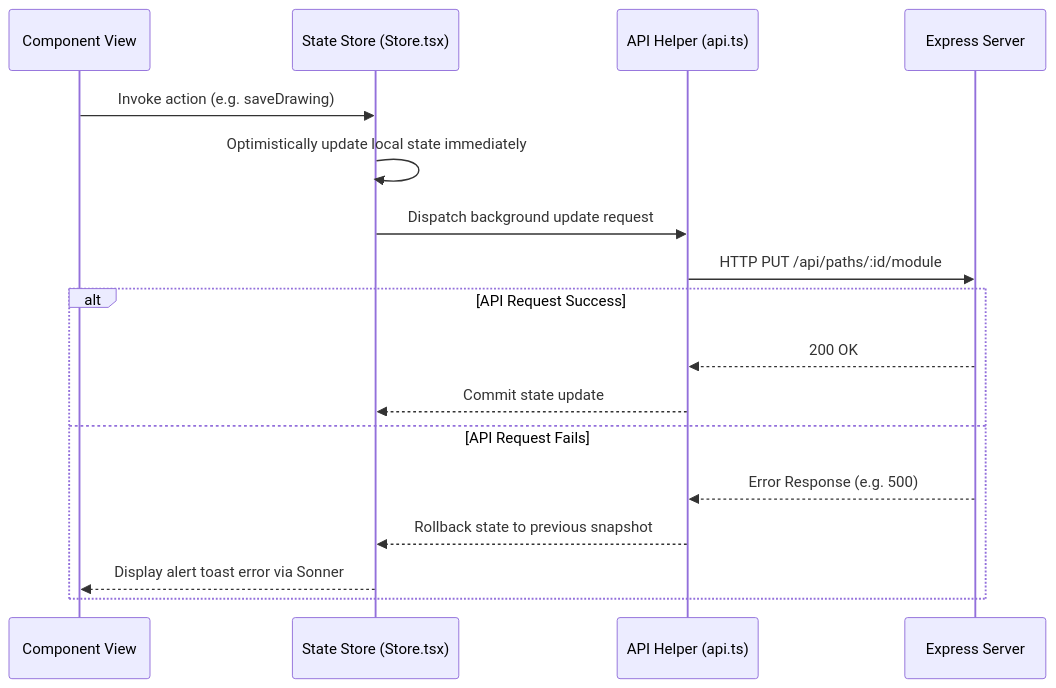
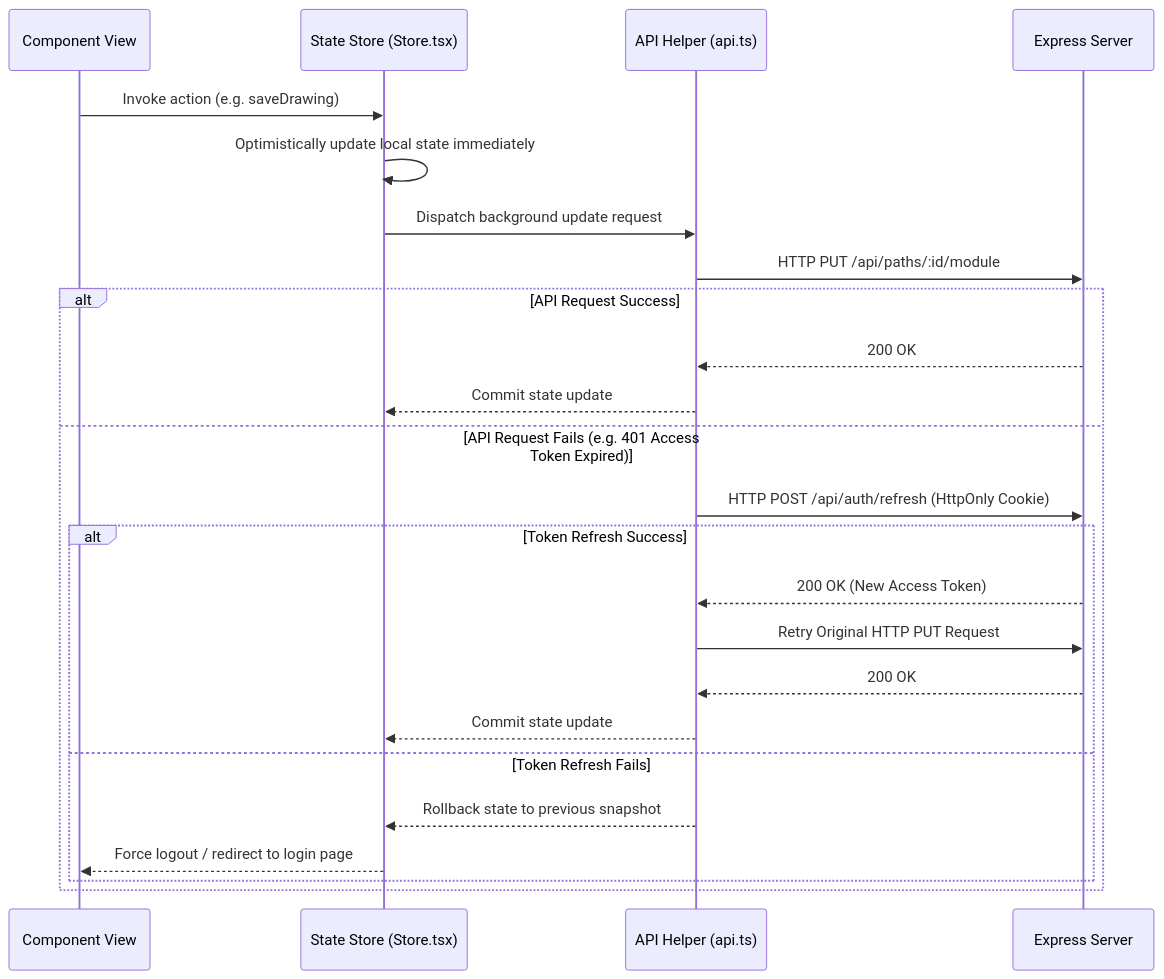
One commit to Lokeshgandreddy81/Vidhyalaya changed the diagram in README.md. Above: the diagram before and after it, drawn with Mermaid. The commit also changed other lines of this file and 23 other files, not shown here.

````diff
--- a/README.md
+++ b/README.md
@@ -137,20 +160,27 @@
 ```mermaid
 sequenceDiagram
     participant UI as Component View
     participant Store as State Store (Store.tsx)
     participant API as API Helper (api.ts)
     participant Server as Express Server
 
     UI->>Store: Invoke action (e.g. saveDrawing)
     Store->>Store: Optimistically update local state immediately
     Store->>API: Dispatch background update request
     API->>Server: HTTP PUT /api/paths/:id/module
     alt API Request Success
         Server-->>API: 200 OK
         API-->>Store: Commit state update
-    else API Request Fails
-        Server-->>API: Error Response (e.g. 500)
-        API-->>Store: Rollback state to previous snapshot
-        Store-->>UI: Display alert toast error via Sonner
+    else API Request Fails (e.g. 401 Access Token Expired)
+        API->>Server: HTTP POST /api/auth/refresh (HttpOnly Cookie)
+        alt Token Refresh Success
+            Server-->>API: 200 OK (New Access Token)
+            API->>Server: Retry Original HTTP PUT Request
+            Server-->>API: 200 OK
+            API-->>Store: Commit state update
+        else Token Refresh Fails
+            API-->>Store: Rollback state to previous snapshot
+            Store-->>UI: Force logout / redirect to login page
+        end
     end
 ```
````
